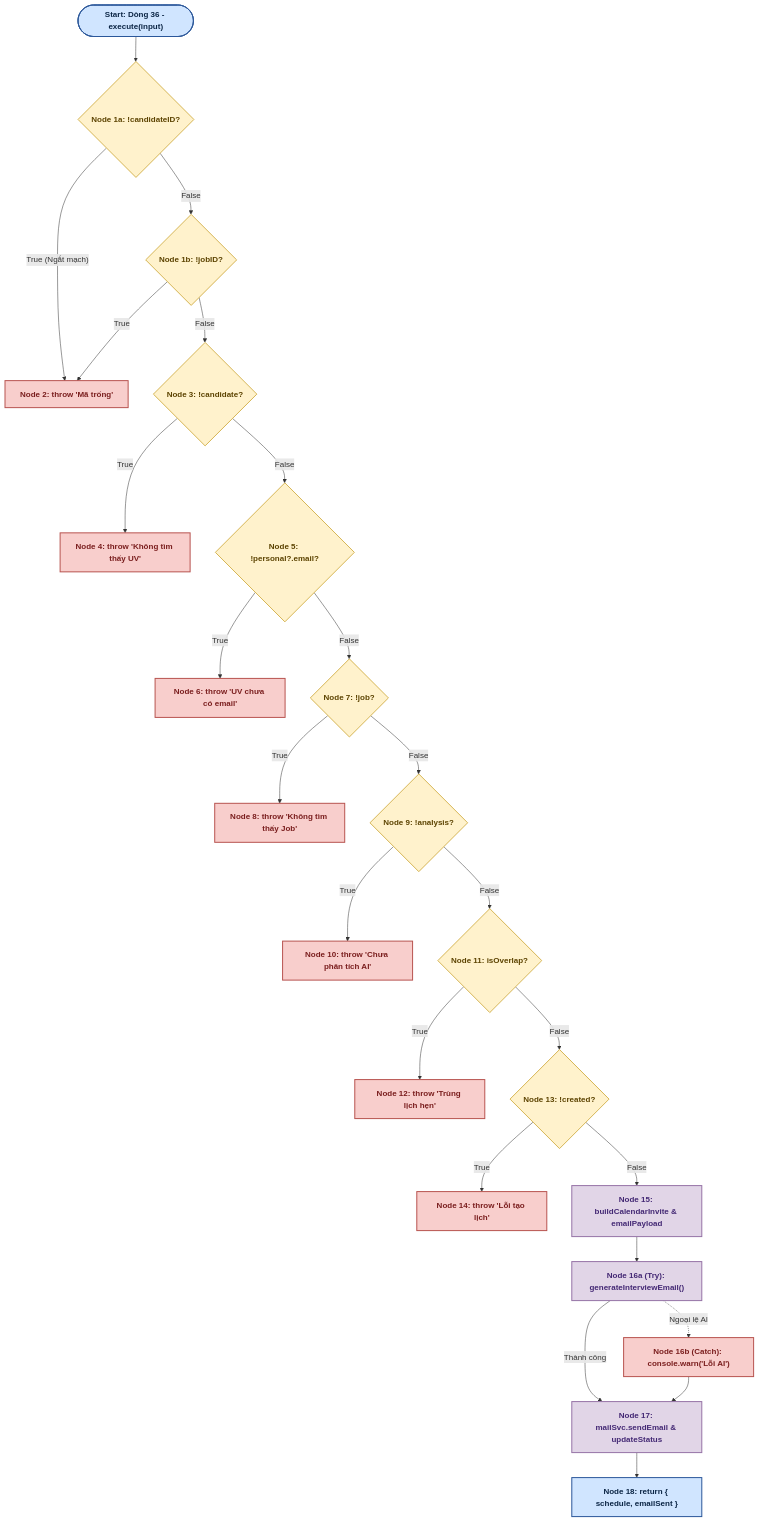
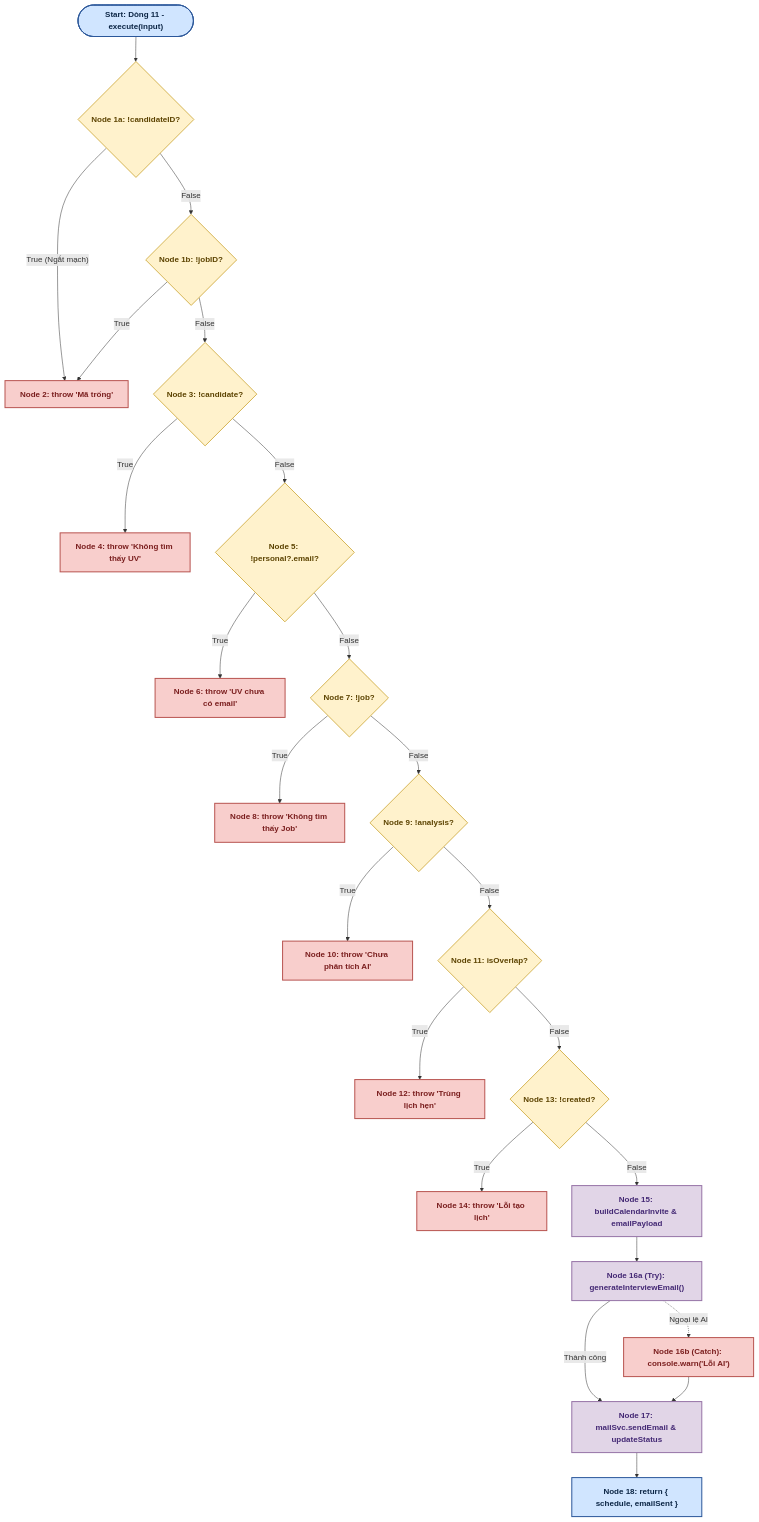
Before and after one commit to pvhung2112/cse462-testing: the second of 2 diagrams in hop-trang/KiemThuHopTrang_UC10_LenLichPhongVan.md, drawn with Mermaid. The commit also changed other lines of this file and 5 other files, not shown here.

````diff
--- a/hop-trang/KiemThuHopTrang_UC10_LenLichPhongVan.md
+++ b/hop-trang/KiemThuHopTrang_UC10_LenLichPhongVan.md
@@ -237,42 +212,42 @@
 ```mermaid
 flowchart TD
     %% Định nghĩa bảng màu trực quan chuẩn kiểm thử đồ thị
     classDef startEnd fill:#D0E5FF,stroke:#2B579A,stroke-width:2px,color:#0B2545,font-weight:bold;
     classDef decision fill:#FFF2CC,stroke:#D6B656,stroke-width:2px,color:#5C4300,font-weight:bold;
     classDef process fill:#E1D5E7,stroke:#9673A6,stroke-width:2px,color:#432874,font-weight:bold;
     classDef exception fill:#F8CECC,stroke:#B85450,stroke-width:2px,color:#7A1E1E,font-weight:bold;
 
-    Start(["Start: Dòng 36 - execute(input)"]):::startEnd --> N1a{"Node 1a: !candidateID?"}:::decision
+    Start(["Start: Dòng 11 - execute(input)"]):::startEnd --> N1a{"Node 1a: !candidateID?"}:::decision
     
     N1a -- "True (Ngắt mạch)" --> N2["Node 2: throw 'Mã trống'"]:::exception
     N1a -- "False" --> N1b{"Node 1b: !jobID?"}:::decision
     
     N1b -- "True" --> N2
     N1b -- "False" --> N3{"Node 3: !candidate?"}:::decision
     
     N3 -- "True" --> N4["Node 4: throw 'Không tìm thấy UV'"]:::exception
     N3 -- "False" --> N5{"Node 5: !personal?.email?"}:::decision
     
     N5 -- "True" --> N6["Node 6: throw 'UV chưa có email'"]:::exception
     N5 -- "False" --> N7{"Node 7: !job?"}:::decision
     
     N7 -- "True" --> N8["Node 8: throw 'Không tìm thấy Job'"]:::exception
     N7 -- "False" --> N9{"Node 9: !analysis?"}:::decision
     
     N9 -- "True" --> N10["Node 10: throw 'Chưa phân tích AI'"]:::exception
     N9 -- "False" --> N11{"Node 11: isOverlap?"}:::decision
     
     N11 -- "True" --> N12["Node 12: throw 'Trùng lịch hẹn'"]:::exception
     N11 -- "False" --> N13{"Node 13: !created?"}:::decision
     
     N13 -- "True" --> N14["Node 14: throw 'Lỗi tạo lịch'"]:::exception
     N13 -- "False" --> N15["Node 15: buildCalendarInvite & emailPayload"]:::process
     
     N15 --> N16a["Node 16a (Try): generateInterviewEmail()"]:::process
     
     N16a -- "Thành công" --> N17["Node 17: mailSvc.sendEmail & updateStatus"]:::process
     N16a -. "Ngoại lệ AI" .-> N16b["Node 16b (Catch): console.warn('Lỗi AI')"]:::exception
     N16b --> N17
     
     N17 --> N18["Node 18: return { schedule, emailSent }"]:::startEnd
 ```
````
